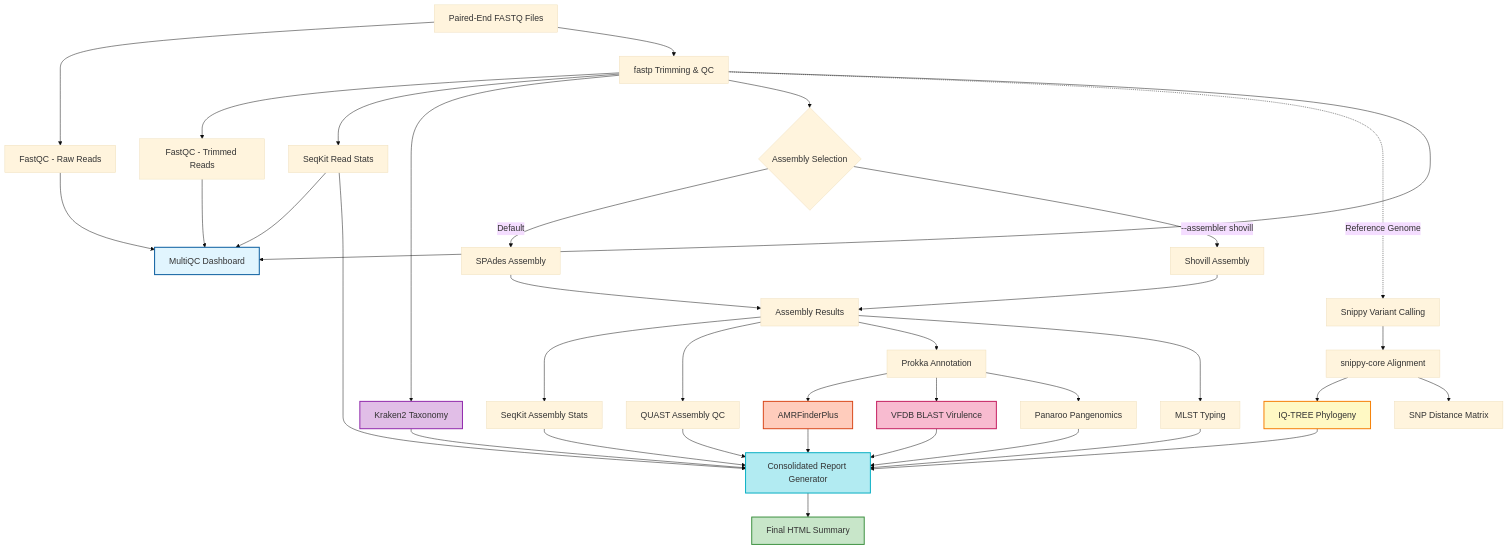
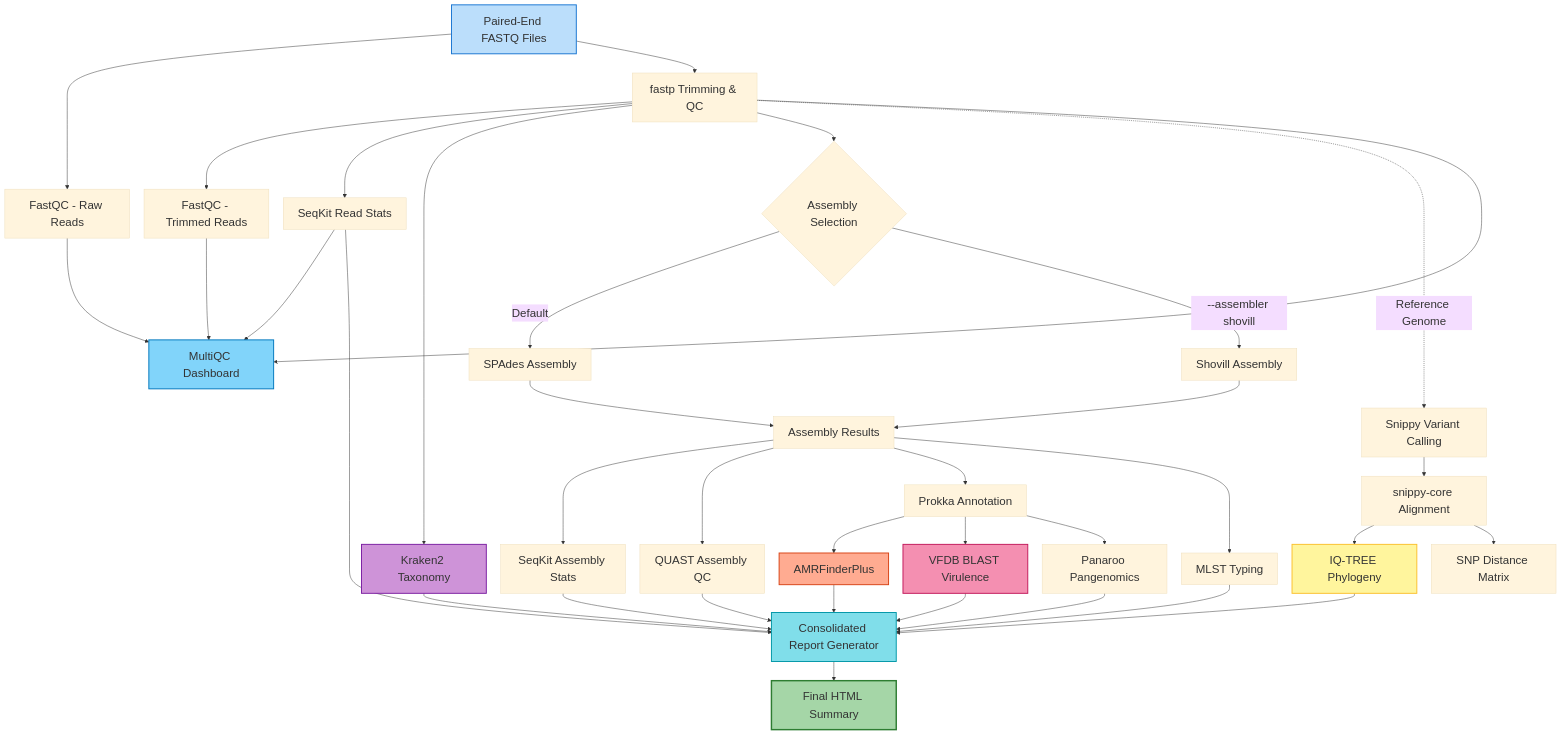
The diagram in README.md (cerorziks/bacterial-genome-pipeline), drawn with Mermaid before and after one commit.

Commit message:
Enhance pipeline diagram readability: larger font, better colors, and tighter spacing

````diff
--- a/README.md
+++ b/README.md
@@ -24,59 +24,74 @@
 ```mermaid
-%%{init: {'theme': 'base', 'themeVariables': { 'fontSize': '18px', 'fontFamily': 'arial'}}}%%
+%%{
+  init: {
+    'theme': 'base',
+    'themeVariables': {
+      'fontSize': '24px',
+      'fontFamily': 'arial',
+      'lineColor': '#333'
+    },
+    'flowchart': {
+      'nodeSpacing': 30,
+      'rankSpacing': 40,
+      'curve': 'basis'
+    }
+  }
+}%%
 graph TD
     A[Paired-End FASTQ Files] --> B[FastQC - Raw Reads]
     A --> C[fastp Trimming & QC]
     
     C --> D[FastQC - Trimmed Reads]
     C --> S1[SeqKit Read Stats]
     C --> KR[Kraken2 Taxonomy]
     C --> E{Assembly Selection}
     
     E -- Default --> E1[SPAdes Assembly]
     E -- "--assembler shovill" --> E2[Shovill Assembly]
     
     E1 --> F[Assembly Results]
     E2 --> F
     
     F --> S2[SeqKit Assembly Stats]
     F --> G[QUAST Assembly QC]
     F --> H[Prokka Annotation]
     F --> I[MLST Typing]
     
     H --> J[AMRFinderPlus]
     H --> K[VFDB BLAST Virulence]
     
     C -.Reference Genome.-> L[Snippy Variant Calling]
     L --> M[snippy-core Alignment]
     M --> N[IQ-TREE Phylogeny]
     M --> P[SNP Distance Matrix]
     
     B --> MQC[MultiQC Dashboard]
     D --> MQC
     C --> MQC
     S1 --> MQC
     
     H --> PAN[Panaroo Pangenomics]
     
     BS[Consolidated Report Generator]
     
     S1 --> BS
     S2 --> BS
     G --> BS
     J --> BS
     I --> BS
     K --> BS
     N --> BS
     PAN --> BS
     KR --> BS
     
     BS --> Q[Final HTML Summary]
     
-    style Q fill:#c8e6c9,stroke:#388e3c,stroke-width:2px
-    style N fill:#fff9c4,stroke:#f57c00,stroke-width:2px
-    style J fill:#ffccbc,stroke:#d84315,stroke-width:2px
-    style K fill:#f8bbd0,stroke:#c2185b,stroke-width:2px
-    style KR fill:#e1bee7,stroke:#8e24aa,stroke-width:2px
-    style BS fill:#b2ebf2,stroke:#00acc1,stroke-width:2px
-    style MQC fill:#e1f5fe,stroke:#01579b,stroke-width:2px
+    style A fill:#BBDEFB,stroke:#1976D2,stroke-width:2px
+    style Q fill:#A5D6A7,stroke:#2E7D32,stroke-width:3px
+    style N fill:#FFF59D,stroke:#FBC02D,stroke-width:2px
+    style J fill:#FFAB91,stroke:#D84315,stroke-width:2px
+    style K fill:#F48FB1,stroke:#C2185B,stroke-width:2px
+    style KR fill:#CE93D8,stroke:#7B1FA2,stroke-width:2px
+    style BS fill:#80DEEA,stroke:#0097A7,stroke-width:2px
+    style MQC fill:#81D4FA,stroke:#0277BD,stroke-width:2px
 ```
````
